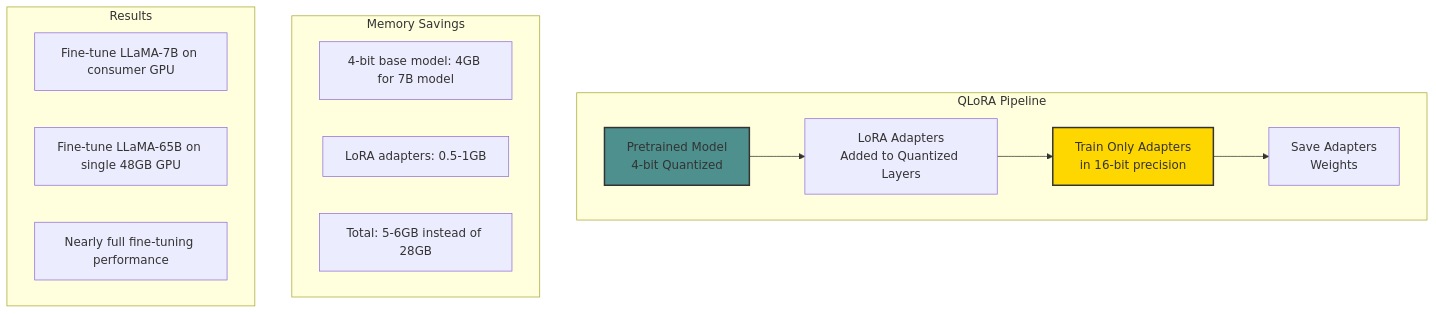
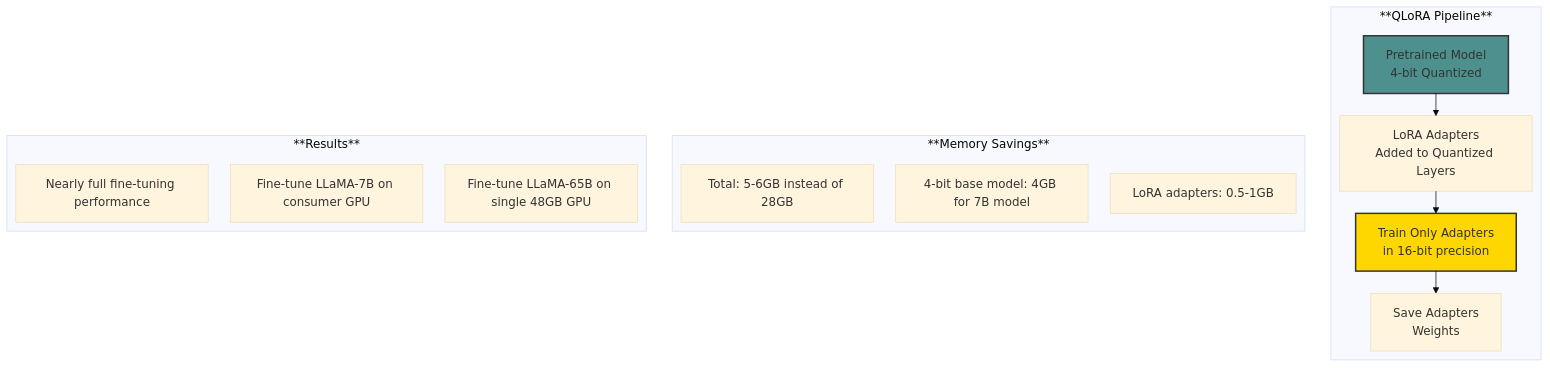
One commit to Vineet-Sharma-Medium-Stories/Medium-Build-Tool changed the fourth of 6 diagrams in The 2026 AI Metromap/The 2026 AI Metromap: Fine-Tuning vs. In-Context Learning – When to Train vs. When to Prompt.md. Above: the diagram before and after it, drawn with Mermaid. The commit also changed other lines of this file and 37 other files, not shown here.

````diff
--- a/The 2026 AI Metromap/The 2026 AI Metromap: Fine-Tuning vs. In-Context Learning – When to Train vs. When to Prompt.md
+++ b/The 2026 AI Metromap/The 2026 AI Metromap: Fine-Tuning vs. In-Context Learning – When to Train vs. When to Prompt.md
@@ -414,23 +429,28 @@
 ```mermaid
+---
+config:
+  theme: base
+  layout: elk
+---
 graph TD
-    subgraph "QLoRA Pipeline"
+    subgraph "**QLoRA Pipeline**"
         M[Pretrained Model<br/>4-bit Quantized] --> L[LoRA Adapters<br/>Added to Quantized Layers]
         L --> T[Train Only Adapters<br/>in 16-bit precision]
         T --> S[Save Adapters<br/>Weights]
     end
     
-    subgraph "Memory Savings"
+    subgraph "**Memory Savings**"
         B1[4-bit base model: 4GB for 7B model]
         B2[LoRA adapters: 0.5-1GB]
         B3[Total: 5-6GB instead of 28GB]
     end
     
-    subgraph "Results"
+    subgraph "**Results**"
         R1[Fine-tune LLaMA-7B on consumer GPU]
         R2[Fine-tune LLaMA-65B on single 48GB GPU]
         R3[Nearly full fine-tuning performance]
     end
     
     style M fill:#4d908e,stroke:#333,stroke-width:2px
     style T fill:#ffd700,stroke:#333,stroke-width:2px
 ```
````
